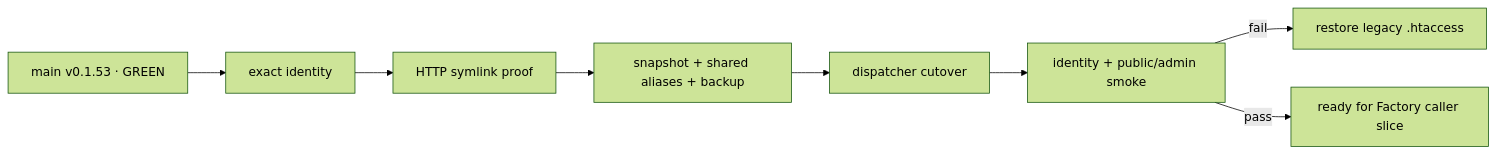
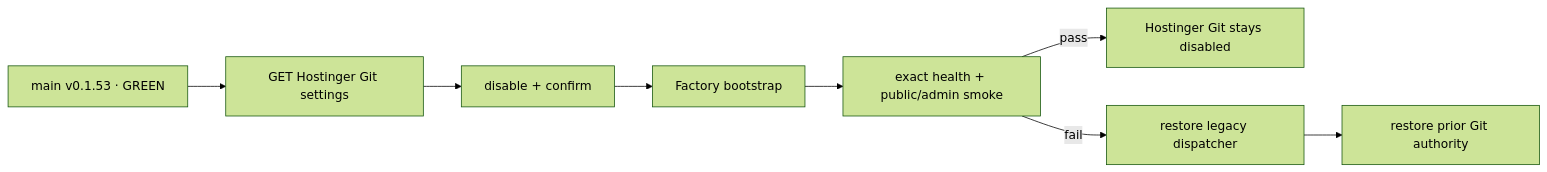
The diagram in README.md (pl0n3r/brvtal), drawn with Mermaid (forest theme) before and after one commit. The commit also changed other lines of this file, not shown here.

Commit message:
docs: snapshot controlled Hostinger cutover

````diff
--- a/README.md
+++ b/README.md
@@ -57,10 +54,10 @@
 ```mermaid
 flowchart LR
-  B["main v0.1.53 · GREEN"] --> I["exact identity"]
-  I --> S["HTTP symlink proof"]
-  S --> P["snapshot + shared aliases + backup"]
-  P --> C["dispatcher cutover"]
-  C --> V["identity + public/admin smoke"]
-  V -->|fail| R["restore legacy .htaccess"]
-  V -->|pass| M["ready for Factory caller slice"]
+  B["main v0.1.53 · GREEN"] --> G["GET Hostinger Git settings"]
+  G --> D["disable + confirm"]
+  D --> C["Factory bootstrap"]
+  C --> V["exact health + public/admin smoke"]
+  V -->|pass| F["Hostinger Git stays disabled"]
+  V -->|fail| R["restore legacy dispatcher"]
+  R --> A["restore prior Git authority"]
 ```
````
